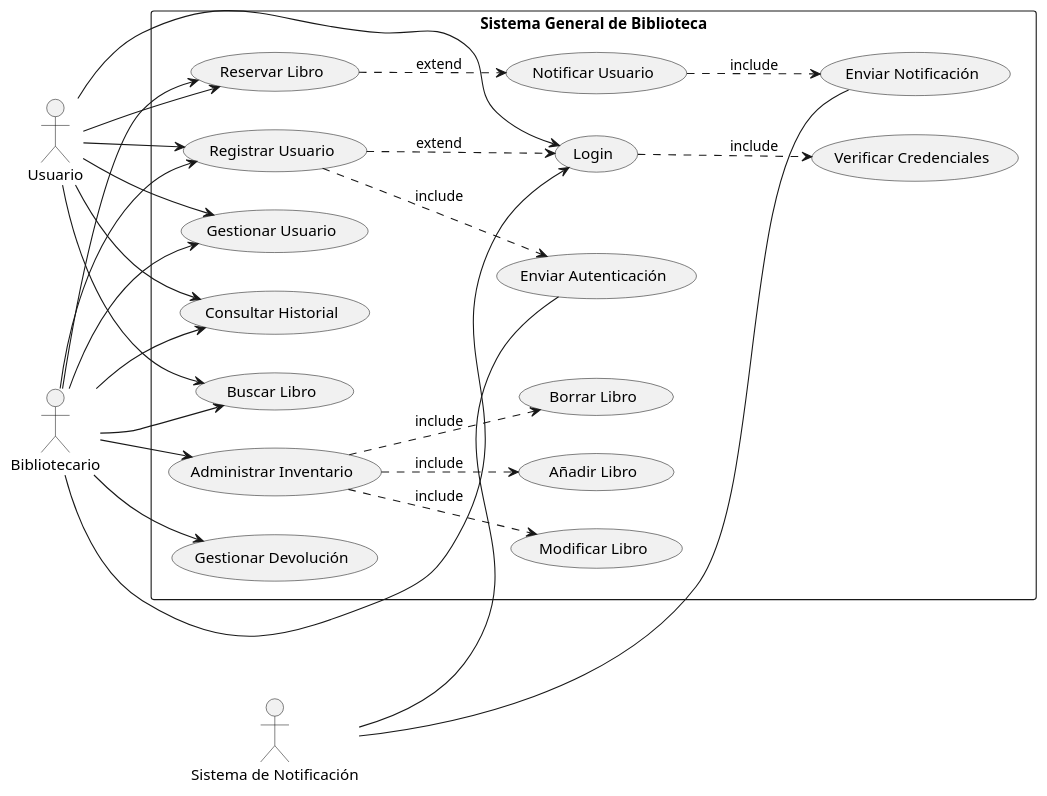
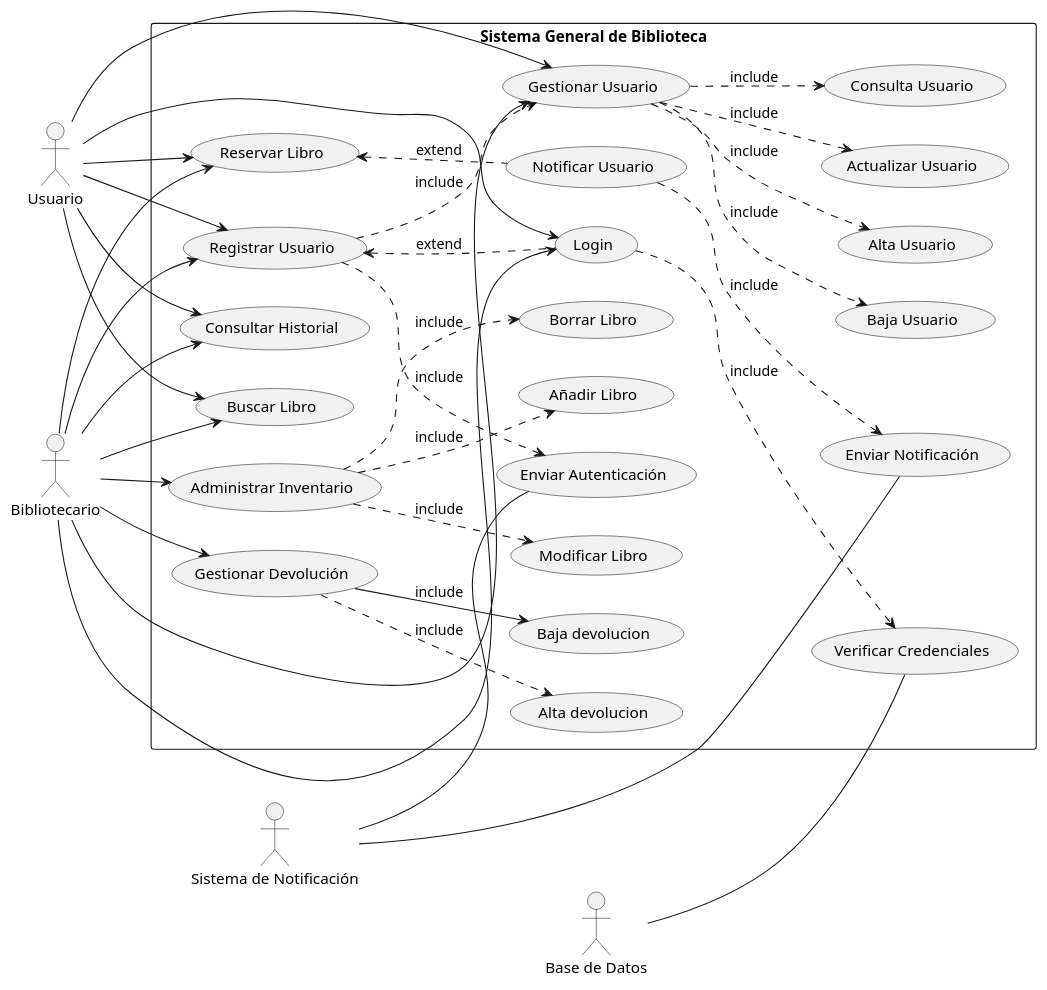
Before and after one commit to ricardouriegas/notas-cuatri7: the diagram in diagram.puml, drawn with PlantUML. The commit also changed 1 other file, not shown here.

```diff
--- a/diagram.puml
+++ b/diagram.puml
@@ -1,57 +1,81 @@
 @startuml Sistema-Bibliotecario-Funcionales
 left to right direction
 
 actor Usuario
 actor Bibliotecario
 actor "Sistema de Notificación"
+actor "Base de Datos"
 
 rectangle "Sistema General de Biblioteca" {
     usecase "Registrar Usuario" as CU1
     usecase "Login" as CU2
     usecase "Verificar Credenciales" as CU3
     usecase "Gestionar Usuario" as CU4
     usecase "Buscar Libro" as CU5
     usecase "Reservar Libro" as CU6
     usecase "Notificar Usuario" as CU7
     usecase "Enviar Notificación" as CU8
     usecase "Consultar Historial" as CU9
     usecase "Administrar Inventario" as CU10
     usecase "Añadir Libro" as CU11
     usecase "Borrar Libro" as CU12
     usecase "Modificar Libro" as CU13
     usecase "Gestionar Devolución" as CU14
     usecase "Enviar Autenticación" as CU15
+
+    usecase "Alta devolucion" as altaDev
+    usecase "Baja devolucion" as bajaDev
+    ' usecase "Modificar devolucion" as alta
+
+    usecase "Baja Usuario" as bajaUser
+    usecase "Alta Usuario" as altaUser
+    usecase "Actualizar Usuario" as actualizarUser
+    usecase "Consulta Usuario" as consultaUser
+
 }
 
 Usuario --> CU1
 Usuario --> CU2
 Usuario --> CU4
 Usuario --> CU5
 Usuario --> CU6
 Usuario --> CU9
 
 CU2 -.> CU3 : include
-CU6 -.> CU7 : extend
+CU6 <-. CU7 : extend
 CU7 -.> CU8 : include
 
 Bibliotecario --> CU1
 Bibliotecario --> CU2
 Bibliotecario --> CU4
 Bibliotecario --> CU5
 Bibliotecario --> CU6
 Bibliotecario --> CU9
 Bibliotecario --> CU10
 
 CU10 -.> CU11 : include
 CU10 -.> CU12 : include
 CU10 -.> CU13 : include
-CU1 -.> CU2 : extend
+CU1 <-. CU2 : extend
 
 Bibliotecario --> CU14
 
 "Sistema de Notificación" -- CU8
 "Sistema de Notificación" -- CU15
 
 CU1 -.> CU15 : include
+CU1 .-> CU4 : include
+
+"Base de Datos" -- CU3
+
+' Gestionar devoluciones
+CU14 .-> altaDev : include
+CU14 --> bajaDev : include
+
+' gestionar usuario
+CU4 .-> bajaUser : include
+CU4 .-> altaUser : include
+CU4 .-> actualizarUser : include
+CU4 .-> consultaUser : include
 
 @enduml
```
